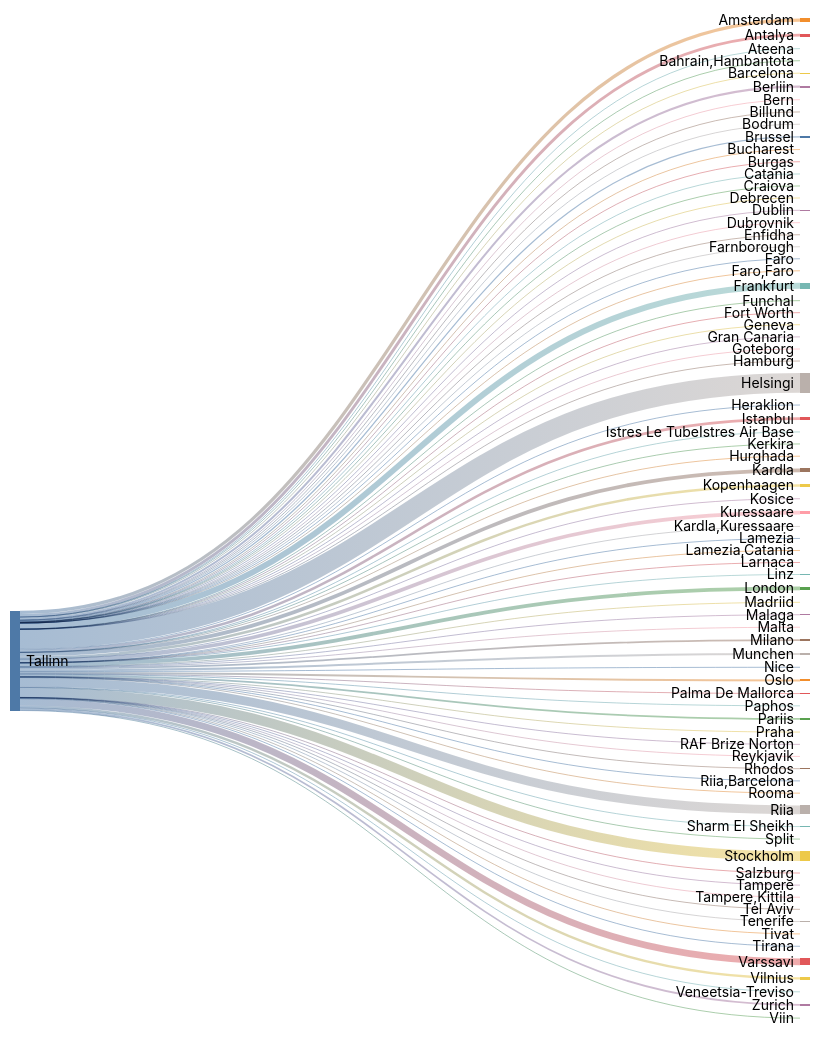
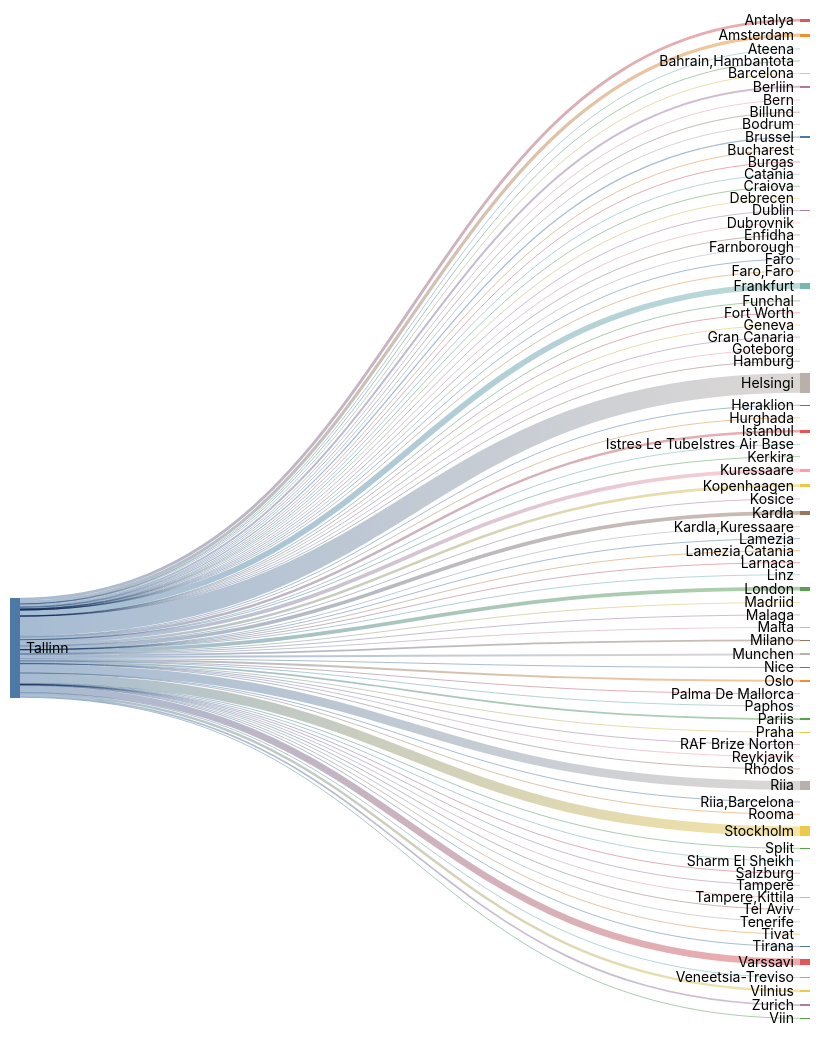
One commit to rainermesi/tll-airport-departures changed the second of 2 diagrams in README.md. Above: the diagram before and after it, drawn with Mermaid (neutral theme). The commit also changed other lines of this file and 1 other file, not shown here.

```diff
--- a/README.md
+++ b/README.md
@@ -41,81 +41,81 @@
 ---
 sankey-beta
 %% source,target,value
-Tallinn,Amsterdam,515
-Tallinn,Antalya,456
+Tallinn,Amsterdam,517
+Tallinn,Antalya,458
 Tallinn,Ateena,16
 Tallinn,"Bahrain,Hambantota",1
 Tallinn,Barcelona,145
-Tallinn,Berliin,324
+Tallinn,Berliin,326
 Tallinn,Bern,1
 Tallinn,Billund,82
 Tallinn,Bodrum,11
 Tallinn,Brussel,199
 Tallinn,Bucharest,1
-Tallinn,Burgas,65
+Tallinn,Burgas,66
 Tallinn,Catania,2
 Tallinn,Craiova,1
 Tallinn,Debrecen,1
 Tallinn,Dublin,99
 Tallinn,Dubrovnik,21
-Tallinn,Enfidha,7
+Tallinn,Enfidha,8
 Tallinn,Farnborough,1
 Tallinn,Faro,4
 Tallinn,"Faro,Faro",1
 Tallinn,Fort Worth,1
-Tallinn,Frankfurt,925
+Tallinn,Frankfurt,928
 Tallinn,Funchal,5
 Tallinn,Geneva,13
 Tallinn,Gran Canaria,38
 Tallinn,Goteborg,2
 Tallinn,Hamburg,2
-Tallinn,Helsingi,3116
-Tallinn,Heraklion,109
+Tallinn,Helsingi,3125
+Tallinn,Heraklion,110
 Tallinn,Hurghada,75
-Tallinn,Istanbul,404
+Tallinn,Istanbul,405
 Tallinn,Istres Le TubeIstres Air Base,2
 Tallinn,Kerkira,4
-Tallinn,Kopenhaagen,407
+Tallinn,Kopenhaagen,410
 Tallinn,Kosice,1
-Tallinn,Kuressaare,588
-Tallinn,Kardla,590
+Tallinn,Kuressaare,590
+Tallinn,Kardla,592
 Tallinn,"Kardla,Kuressaare",1
 Tallinn,Lamezia,1
 Tallinn,"Lamezia,Catania",3
 Tallinn,Larnaca,4
 Tallinn,Linz,2
-Tallinn,London,603
+Tallinn,London,604
 Tallinn,Madriid,4
 Tallinn,Malaga,126
 Tallinn,Malta,31
-Tallinn,Milano,276
-Tallinn,Munchen,321
-Tallinn,Nice,56
-Tallinn,Oslo,313
+Tallinn,Milano,277
+Tallinn,Munchen,323
+Tallinn,Nice,57
+Tallinn,Oslo,314
 Tallinn,Palma De Mallorca,35
 Tallinn,Paphos,66
-Tallinn,Pariis,273
+Tallinn,Pariis,274
 Tallinn,Praha,91
 Tallinn,RAF Brize Norton,1
 Tallinn,Reykjavik,20
 Tallinn,Rhodos,64
-Tallinn,Riia,1400
+Tallinn,Riia,1404
 Tallinn,"Riia,Barcelona",1
 Tallinn,Rooma,80
 Tallinn,Salzburg,14
 Tallinn,Sharm El Sheikh,105
 Tallinn,Split,57
-Tallinn,Stockholm,1541
+Tallinn,Stockholm,1546
 Tallinn,Tampere,17
 Tallinn,"Tampere,Kittila",21
 Tallinn,Tel Aviv,2
 Tallinn,Tenerife,58
 Tallinn,Tirana,38
 Tallinn,Tivat,73
-Tallinn,Varssavi,1073
+Tallinn,Varssavi,1076
 Tallinn,Veneetsia-Treviso,67
 Tallinn,Viin,106
-Tallinn,Vilnius,389
+Tallinn,Vilnius,391
 Tallinn,Zurich,278
 
 
```
